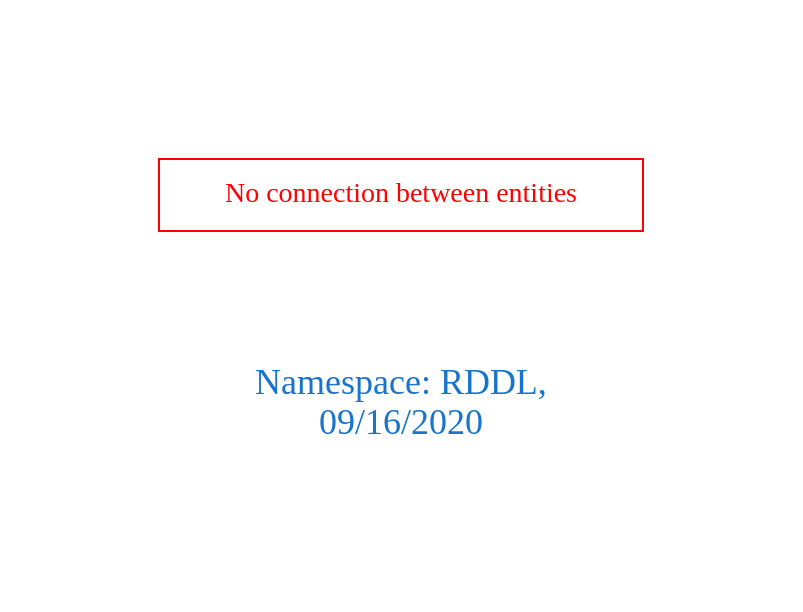
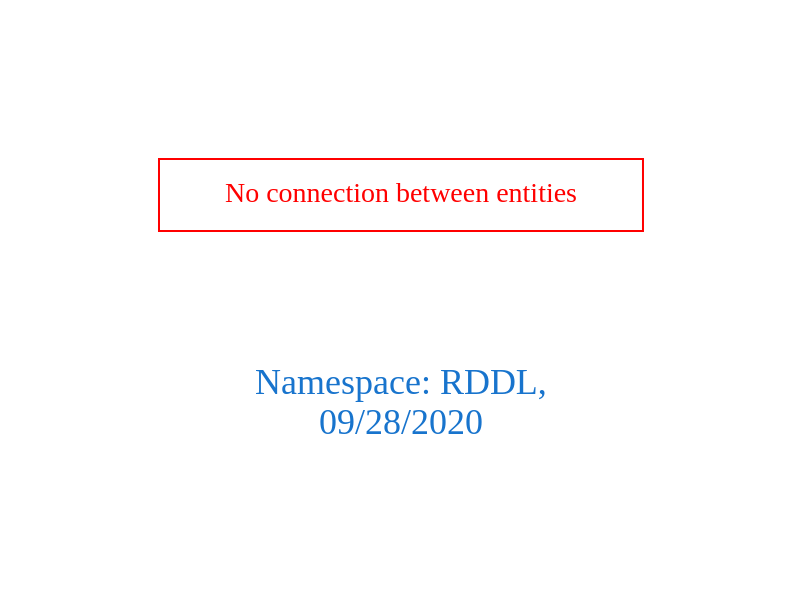
One commit to arago/OGIT changed the diagram in downloads/RDDL.dot. Above: the diagram before and after it, drawn with Graphviz. The commit also changed 1836 other files, not shown here.

```diff
--- a/downloads/RDDL.dot
+++ b/downloads/RDDL.dot
@@ -1,9 +1,9 @@
 digraph OGIT_ontology {
  graph [ rankdir= LR,pad=1 
 fontsize = 18,
-fontcolor= dodgerblue3,label = "\n\n\nNamespace: RDDL, \n 09/16/2020"];
+fontcolor= dodgerblue3,label = "\n\n\nNamespace: RDDL, \n 09/28/2020"];
 node[shape=polygon];
 edge [  color="gray81"];
 
 "No connection between entities" [fontcolor = "red",color="red", shape="polygon"]
 }
```
